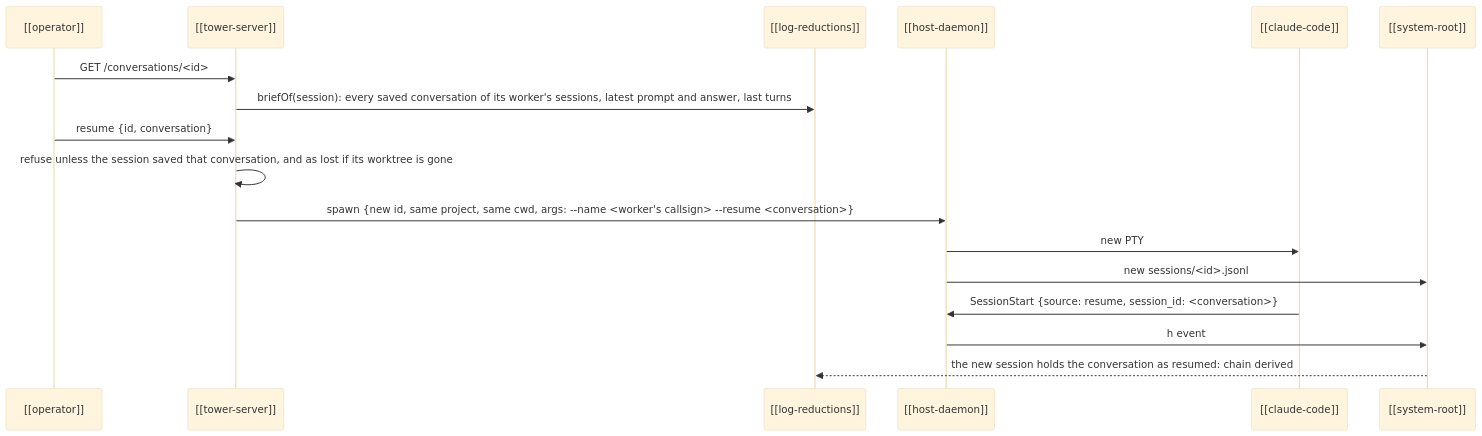
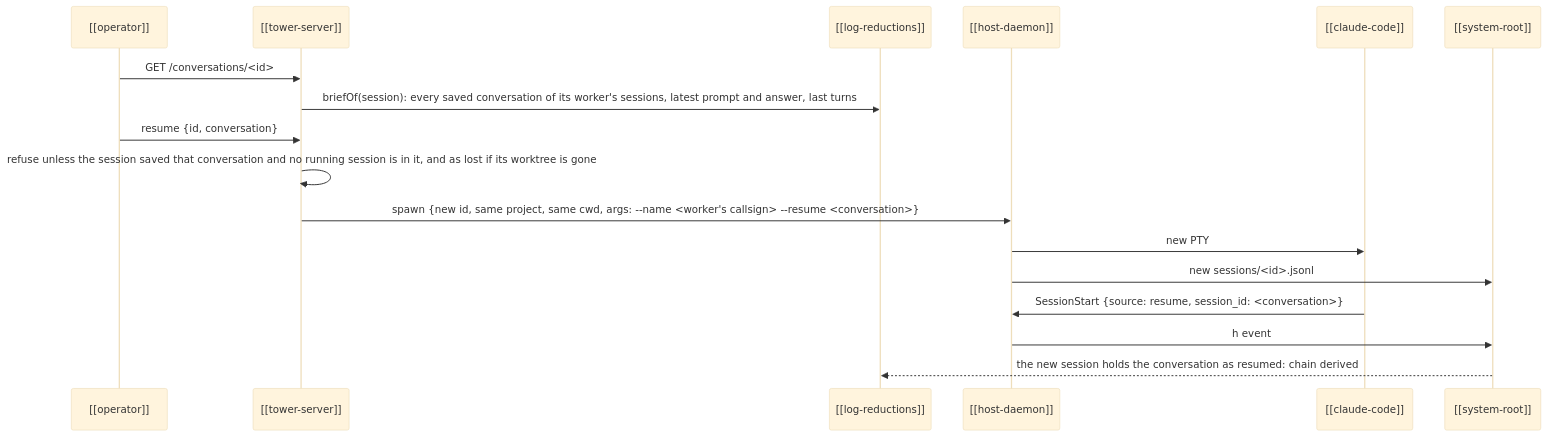
One commit to RegiByte/the-tower changed the diagram in kb/entities/flows/resume.md. Above: the diagram before and after it, drawn with Mermaid (base theme). The commit also changed other lines of this file and 5 other files, not shown here.

Commit message:
Resume refuses a conversation a running session is already in: heldBy reads it from the facts, or the argv's --resume before Claude reports it; the tower runs resumes one at a time, each until the system holds its session, so two at once start one; tower resume refuses alike (audit F1)

````diff
--- a/kb/entities/flows/resume.md
+++ b/kb/entities/flows/resume.md
@@ -12,19 +12,19 @@
 ```mermaid
 sequenceDiagram
   participant O as [[operator]]
   participant T as [[tower-server]]
   participant F as [[log-reductions]]
   participant H as [[host-daemon]]
   participant C as [[claude-code]]
   participant R as [[system-root]]
   O->>T: GET /conversations/<id>
   T->>F: briefOf(session): every saved conversation of its worker's sessions, latest prompt and answer, last turns
   O->>T: resume {id, conversation}
-  T->>T: refuse unless the session saved that conversation, and as lost if its worktree is gone
+  T->>T: refuse unless the session saved that conversation and no running session is in it, and as lost if its worktree is gone
   T->>H: spawn {new id, same project, same cwd, args: --name <worker's callsign> --resume <conversation>}
   H->>C: new PTY
   H->>R: new sessions/<id>.jsonl
   C->>H: SessionStart {source: resume, session_id: <conversation>}
   H->>R: h event
   R-->>F: the new session holds the conversation as resumed: chain derived
 ```
````
